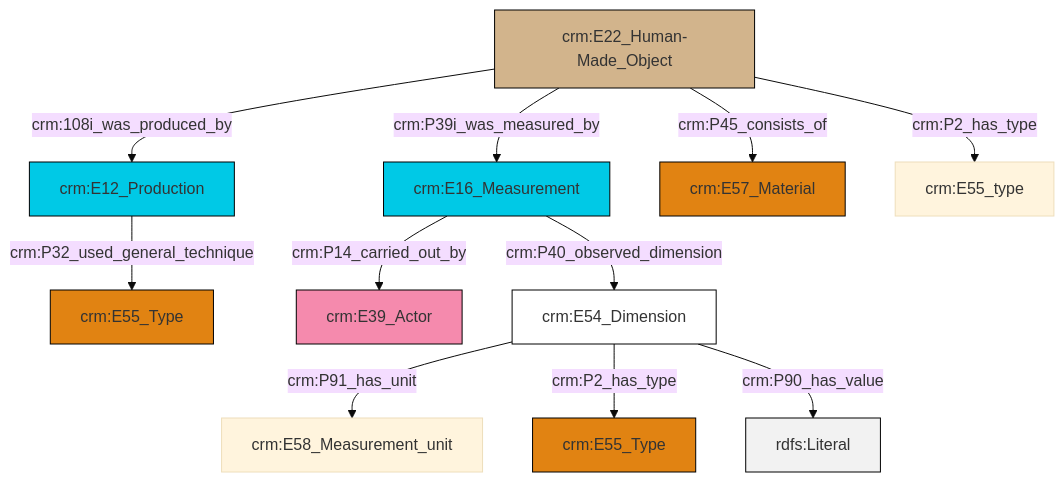
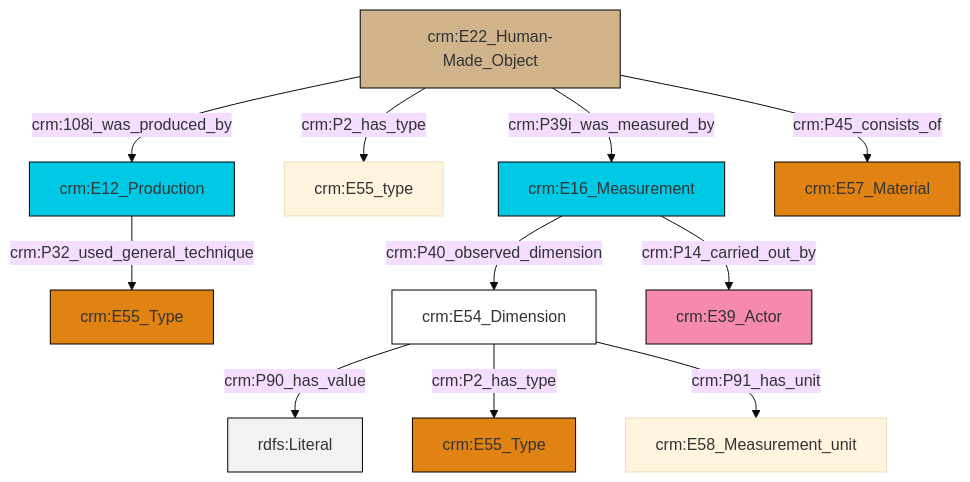
One commit to swiss-art-research-net/docs.swissartresearch changed the diagram in et/builtWorkCSV/ttl/mmd/Built_Work_substance.ttl.mmd. Above: the diagram before and after it, drawn with Mermaid (base theme). The commit also changed 180 other files, not shown here.

```diff
--- a/et/builtWorkCSV/ttl/mmd/Built_Work_substance.ttl.mmd
+++ b/et/builtWorkCSV/ttl/mmd/Built_Work_substance.ttl.mmd
@@ -1,25 +1,25 @@
 graph TD
 classDef Literal fill:#f2f2f2,stroke:#000000;
 classDef CRM_Entity fill:#FFFFFF,stroke:#000000;
 classDef Temporal_Entity fill:#00C9E6, stroke:#000000;
 classDef Type fill:#E18312, stroke:#000000;
 classDef Time-Span fill:#2C9C91, stroke:#000000;
 classDef Appellation fill:#FFEB7F, stroke:#000000;
 classDef Place fill:#008836, stroke:#000000;
 classDef Persistent_Item fill:#B266B2, stroke:#000000;
 classDef Conceptual_Object fill:#FFD700, stroke:#000000;
 classDef Physical_Thing fill:#D2B48C, stroke:#000000;
 classDef Actor fill:#f58aad, stroke:#000000;
 classDef PC_Classes fill:#4ce600, stroke:#000000;
 classDef Multi fill:#cccccc,stroke:#000000;
 
-0["crm:E12_Production"]:::Temporal_Entity -->|crm:P32_used_general_technique| 1["crm:E55_Type"]:::Type
-4["crm:E22_Human-Made_Object"]:::Physical_Thing -->|crm:P39i_was_measured_by| 5["crm:E16_Measurement"]:::Temporal_Entity
-5["crm:E16_Measurement"]:::Temporal_Entity -->|crm:P14_carried_out_by| 6["crm:E39_Actor"]:::Actor
-5["crm:E16_Measurement"]:::Temporal_Entity -->|crm:P40_observed_dimension| 8["crm:E54_Dimension"]:::CRM_Entity
-8["crm:E54_Dimension"]:::CRM_Entity -->|crm:P91_has_unit| 2["crm:E58_Measurement_unit"]:::Default
-4["crm:E22_Human-Made_Object"]:::Physical_Thing -->|crm:108i_was_produced_by| 0["crm:E12_Production"]:::Temporal_Entity
-4["crm:E22_Human-Made_Object"]:::Physical_Thing -->|crm:P45_consists_of| 10["crm:E57_Material"]:::Type
-4["crm:E22_Human-Made_Object"]:::Physical_Thing -->|crm:P2_has_type| 12["crm:E55_type"]:::Default
-8["crm:E54_Dimension"]:::CRM_Entity -->|crm:P2_has_type| 14["crm:E55_Type"]:::Type
-8["crm:E54_Dimension"]:::CRM_Entity -->|crm:P90_has_value| 19[rdfs:Literal]:::Literal
+6["crm:E22_Human-Made_Object"]:::Physical_Thing -->|crm:108i_was_produced_by| 4["crm:E12_Production"]:::Temporal_Entity
+9["crm:E54_Dimension"]:::CRM_Entity -->|crm:P90_has_value| 10[rdfs:Literal]:::Literal
+6["crm:E22_Human-Made_Object"]:::Physical_Thing -->|crm:P2_has_type| 11["crm:E55_type"]:::Default
+12["crm:E16_Measurement"]:::Temporal_Entity -->|crm:P14_carried_out_by| 13["crm:E39_Actor"]:::Actor
+9["crm:E54_Dimension"]:::CRM_Entity -->|crm:P2_has_type| 2["crm:E55_Type"]:::Type
+6["crm:E22_Human-Made_Object"]:::Physical_Thing -->|crm:P39i_was_measured_by| 12["crm:E16_Measurement"]:::Temporal_Entity
+9["crm:E54_Dimension"]:::CRM_Entity -->|crm:P91_has_unit| 7["crm:E58_Measurement_unit"]:::Default
+4["crm:E12_Production"]:::Temporal_Entity -->|crm:P32_used_general_technique| 0["crm:E55_Type"]:::Type
+6["crm:E22_Human-Made_Object"]:::Physical_Thing -->|crm:P45_consists_of| 14["crm:E57_Material"]:::Type
+12["crm:E16_Measurement"]:::Temporal_Entity -->|crm:P40_observed_dimension| 9["crm:E54_Dimension"]:::CRM_Entity
```
